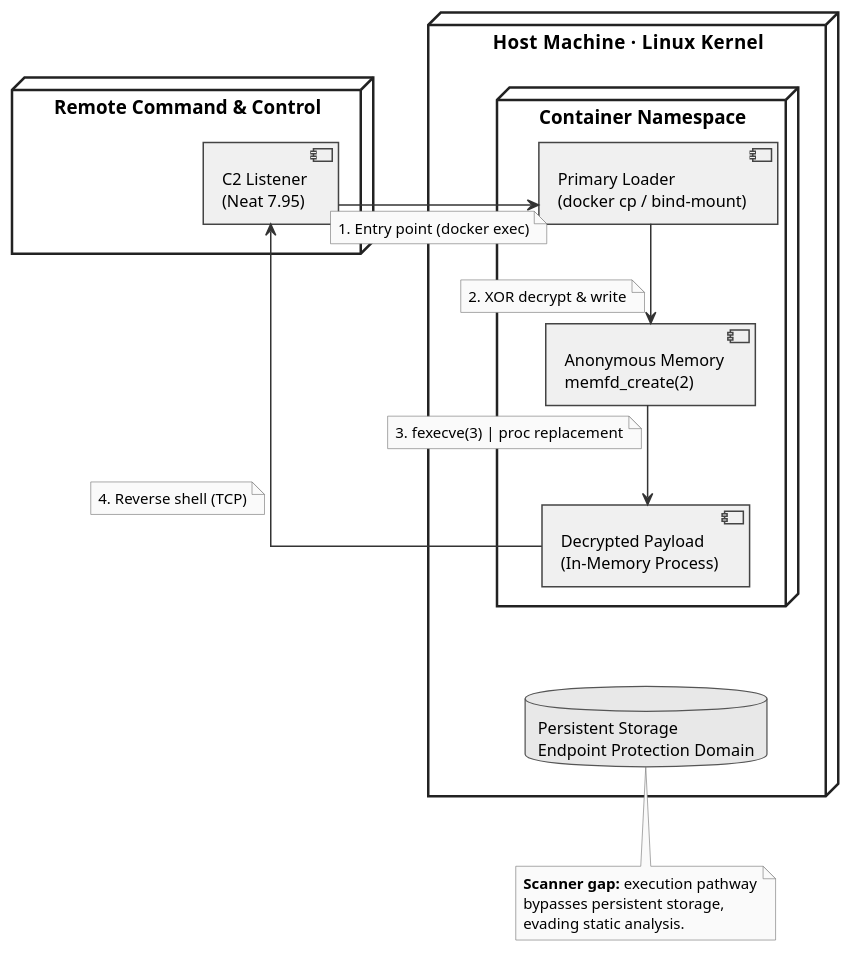
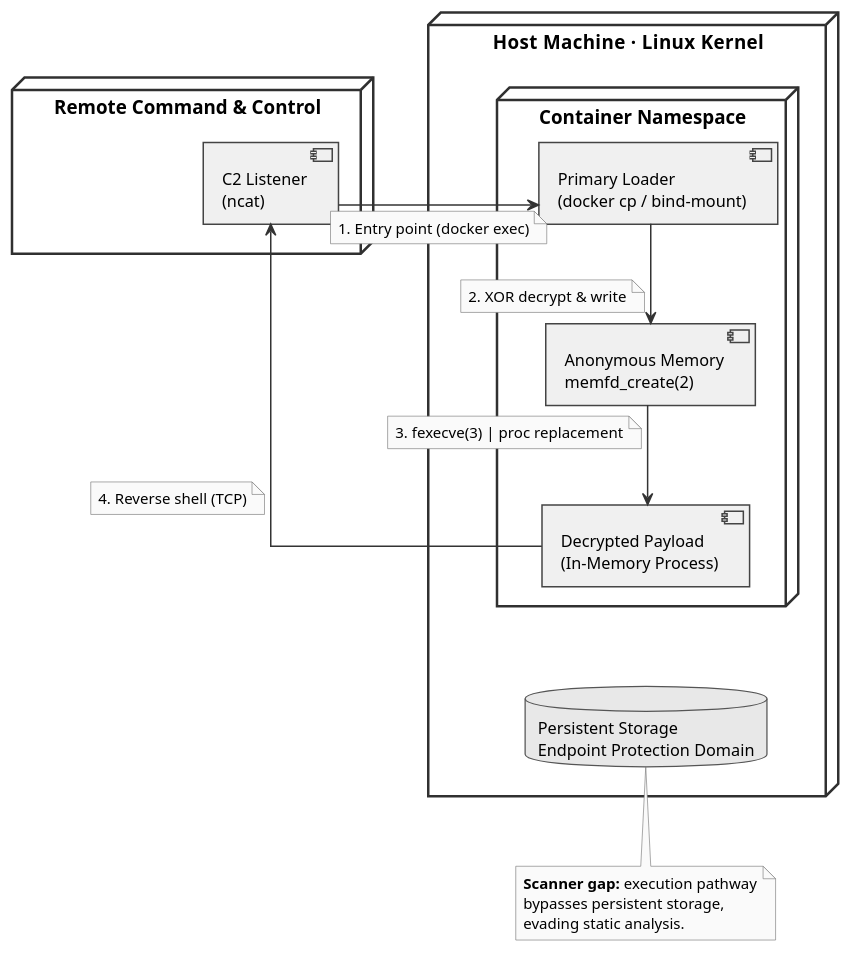
The diagram in diagrams/diagram1.md (Torres08/containment-leak-research), drawn with PlantUML before and after one commit. The commit also changed 4 other files, not shown here.

```diff
--- a/diagrams/diagram1.md
+++ b/diagrams/diagram1.md
@@ -12,7 +12,7 @@
 skinparam ArrowColor #333333
 
 skinparam node {
-  BorderColor #222222
+  BorderColor #8d0909
   BorderThickness 2
   BackgroundColor #FFFFFF
   FontStyle bold
@@ -41,7 +41,7 @@
 
 ' ====== Remote C2 ======
 node "Remote Command & Control" as c2_node {
-  component "C2 Listener\n(Neat 7.95)" as c2
+  component "C2 Listener\n(ncat)" as c2
 }
 
 ' ====== Host machine ======
```
